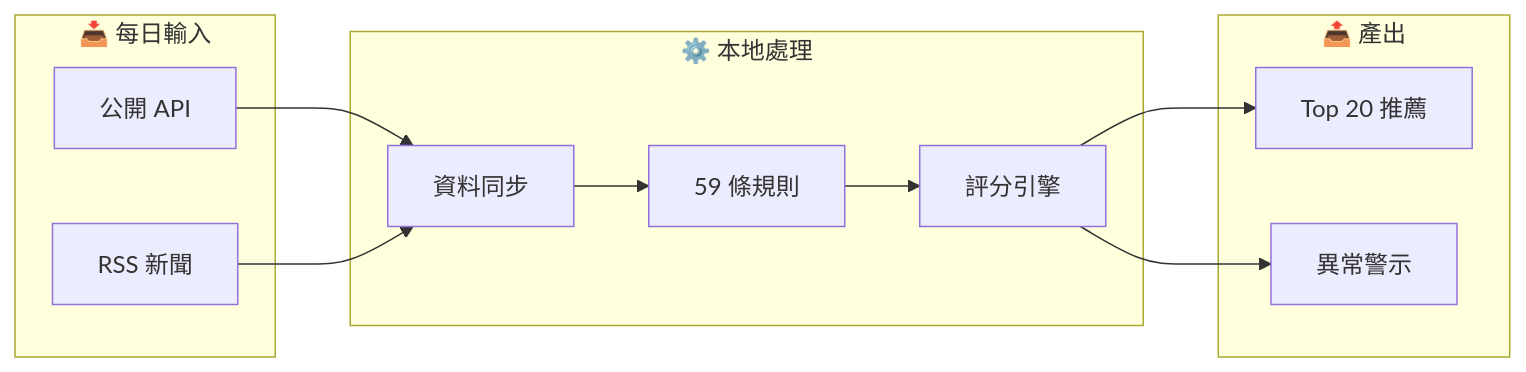
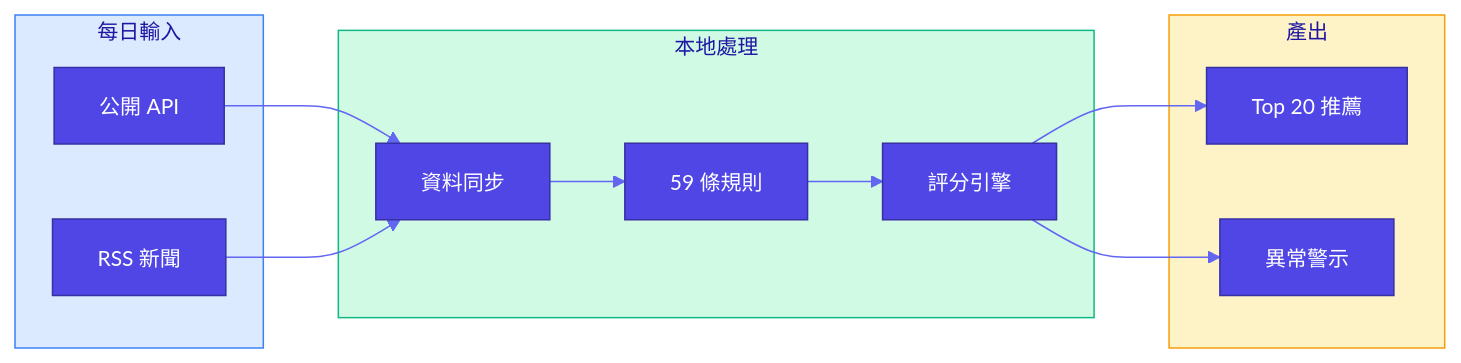
The first of 4 diagrams in CLAUDE.md (Neal75418/afterclose), drawn with Mermaid before and after one commit. The commit also changed other lines of this file and 4 other files, not shown here.

First line of the commit message:
docs: unify markdown style with professional Mermaid diagrams

````diff
--- a/CLAUDE.md
+++ b/CLAUDE.md
@@ -11,23 +11,28 @@
 ```mermaid
+%%{init: {'theme': 'base', 'themeVariables': {'primaryColor': '#4F46E5', 'primaryTextColor': '#fff', 'primaryBorderColor': '#3730A3', 'lineColor': '#6366F1', 'fontSize': '14px'}}}%%
 flowchart LR
-    subgraph Input["📥 每日輸入"]
+    subgraph Input["每日輸入"]
         API["公開 API"]
         RSS["RSS 新聞"]
     end
 
-    subgraph Process["⚙️ 本地處理"]
+    subgraph Process["本地處理"]
         Sync["資料同步"]
         Rules["59 條規則"]
         Score["評分引擎"]
     end
 
-    subgraph Output["📤 產出"]
+    subgraph Output["產出"]
         Top20["Top 20 推薦"]
         Alert["異常警示"]
     end
 
     API --> Sync
     RSS --> Sync
     Sync --> Rules --> Score --> Top20
     Score --> Alert
+
+    style Input fill:#DBEAFE,stroke:#3B82F6
+    style Process fill:#D1FAE5,stroke:#10B981
+    style Output fill:#FEF3C7,stroke:#F59E0B
 ```
````
